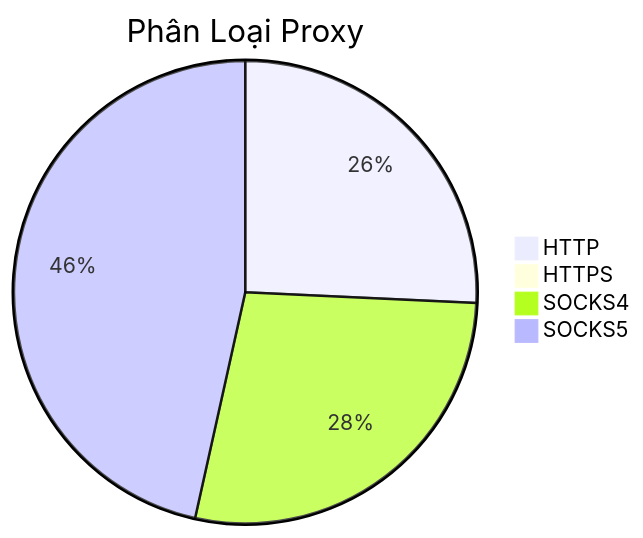
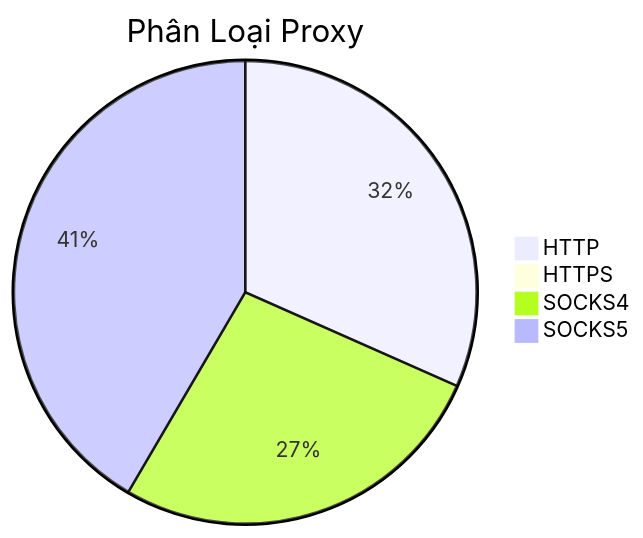
The diagram in README.md (Ciara-Aa/PROXY-free), drawn with Mermaid before and after one commit. The commit also changed other lines of this file and 4 other files, not shown here.

````diff
--- a/README.md
+++ b/README.md
@@ -26,7 +26,7 @@
 ```mermaid
 pie title Phân Loại Proxy
-    "HTTP" : 307
-    "HTTPS" : 2
-    "SOCKS4" : 331
-    "SOCKS5" : 555
+    "HTTP" : 379
+    "HTTPS" : 3
+    "SOCKS4" : 321
+    "SOCKS5" : 498
 ```
````
